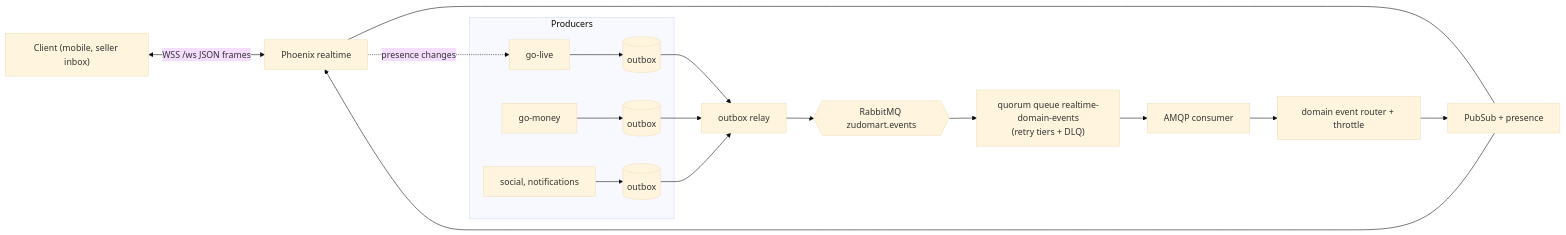
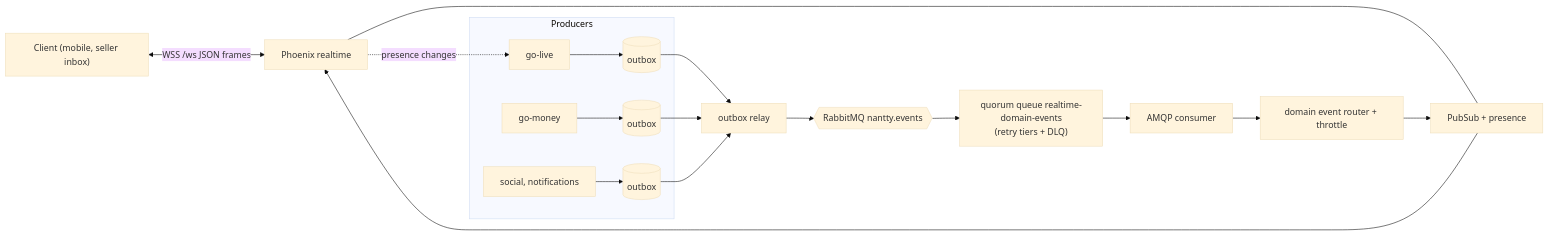
Before and after one commit to telente-technologies/nantty: the first of 3 diagrams in docs/architecture/realtime.md, drawn with Mermaid (base theme). The commit also changed other lines of this file and 46 other files, not shown here.

Commit message:
docs: rebrand and update architecture, database, and integration guides

````diff
--- a/docs/architecture/realtime.md
+++ b/docs/architecture/realtime.md
@@ -21,15 +21,15 @@
 ```mermaid
 flowchart LR
   C["Client (mobile, seller inbox)"] <-->|"WSS /ws JSON frames"| PH["Phoenix realtime"]
   PH --- PS["PubSub + presence"]
   subgraph Producers
     GL[go-live] --> OB1[(outbox)]
     GM[go-money] --> OB2[(outbox)]
     SO["social, notifications"] --> OB3[(outbox)]
   end
-  OB1 & OB2 & OB3 --> RL["outbox relay"] --> EX{{"RabbitMQ zudomart.events"}}
+  OB1 & OB2 & OB3 --> RL["outbox relay"] --> EX{{"RabbitMQ nantty.events"}}
   EX --> Q["quorum queue realtime-domain-events<br/>(retry tiers + DLQ)"]
   Q --> AC["AMQP consumer"] --> RT["domain event router + throttle"] --> PS
   PS --> PH
   PH -. "presence changes" .-> GL
 ```
````
